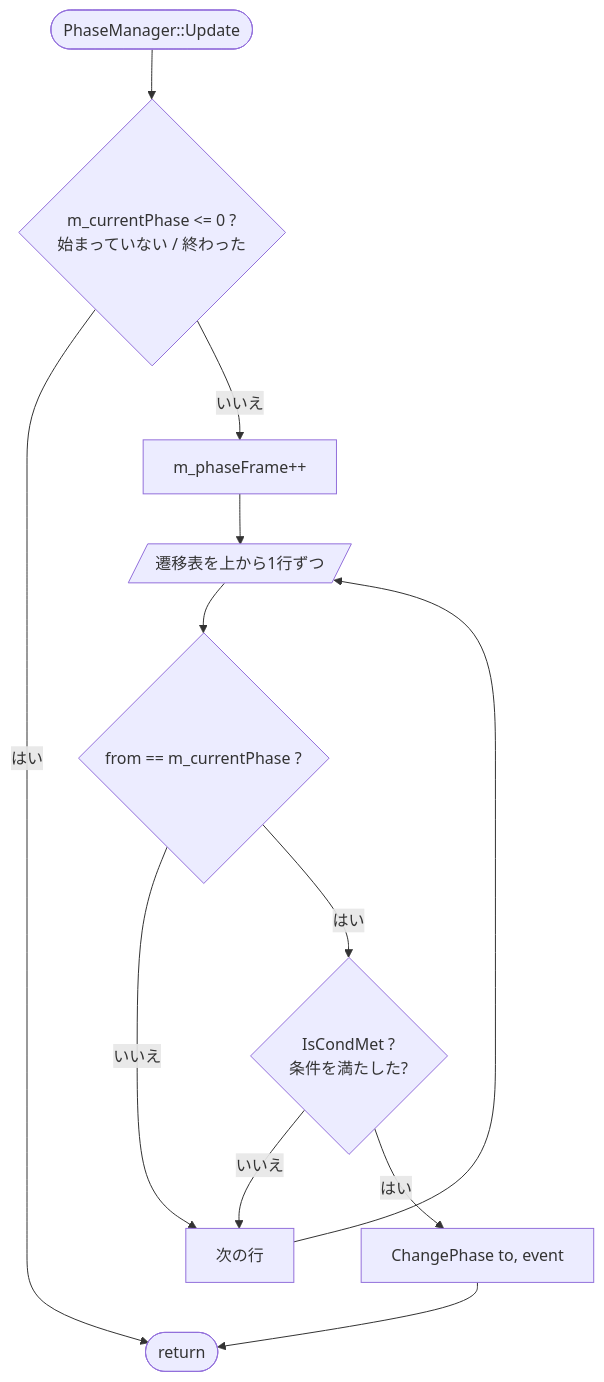
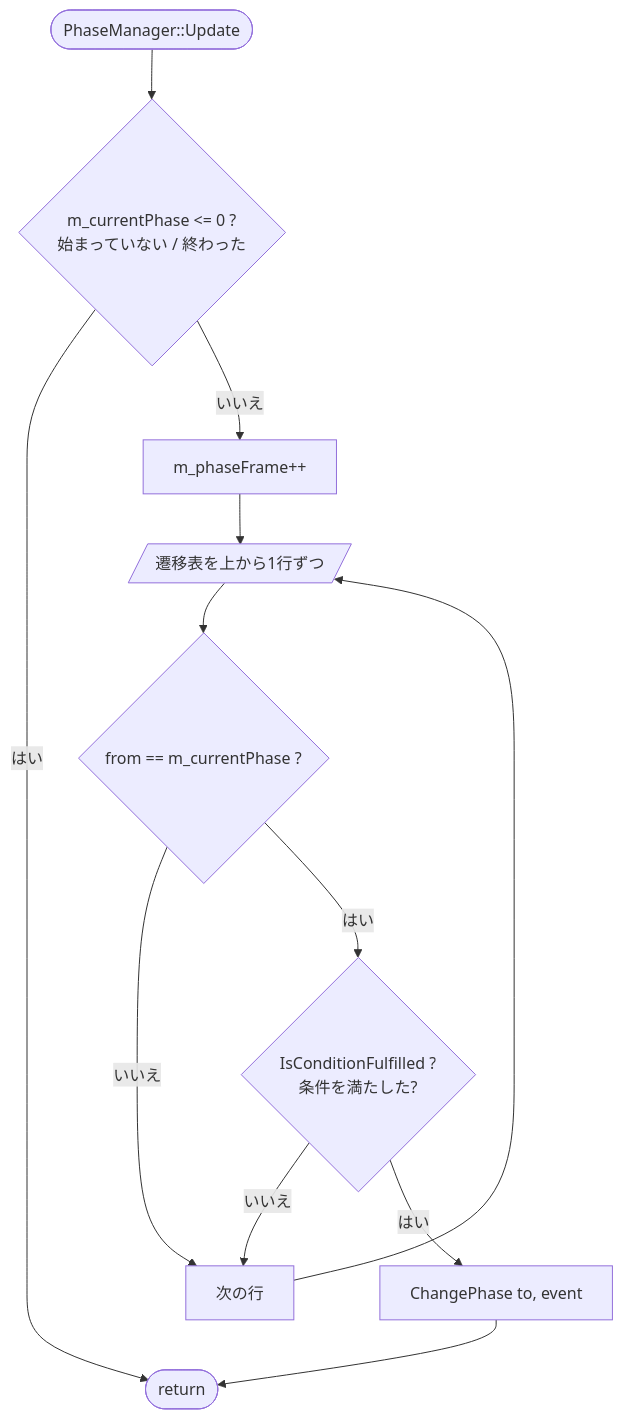
Before and after one commit to hir4rin/2026_winter: the fourth of 5 diagrams in 進捗/フェーズ進行_設計メモ.md, drawn with Mermaid. The commit also changed other lines of this file and 17 other files, not shown here.

````diff
--- a/進捗/フェーズ進行_設計メモ.md
+++ b/進捗/フェーズ進行_設計メモ.md
@@ -148,14 +148,14 @@
 ```mermaid
 flowchart TD
     S([PhaseManager::Update]) --> C0{m_currentPhase <= 0 ?<br/>始まっていない / 終わった}
     C0 -- はい --> R([return])
     C0 -- いいえ --> F[m_phaseFrame++]
     F --> L[/遷移表を上から1行ずつ/]
     L --> C1{from == m_currentPhase ?}
     C1 -- いいえ --> N[次の行]
-    C1 -- はい --> C2{IsCondMet ?<br/>条件を満たした?}
+    C1 -- はい --> C2{IsConditionFulfilled ?<br/>条件を満たした?}
     C2 -- いいえ --> N
     N --> L
     C2 -- はい --> CH[ChangePhase to, event]
     CH --> R
 ```
````
